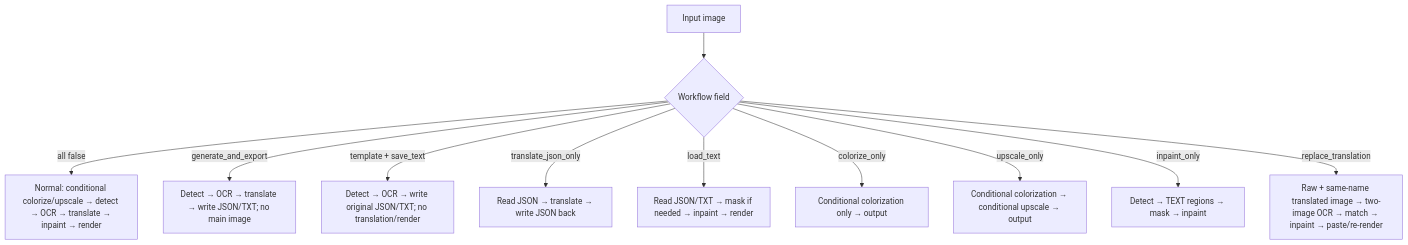
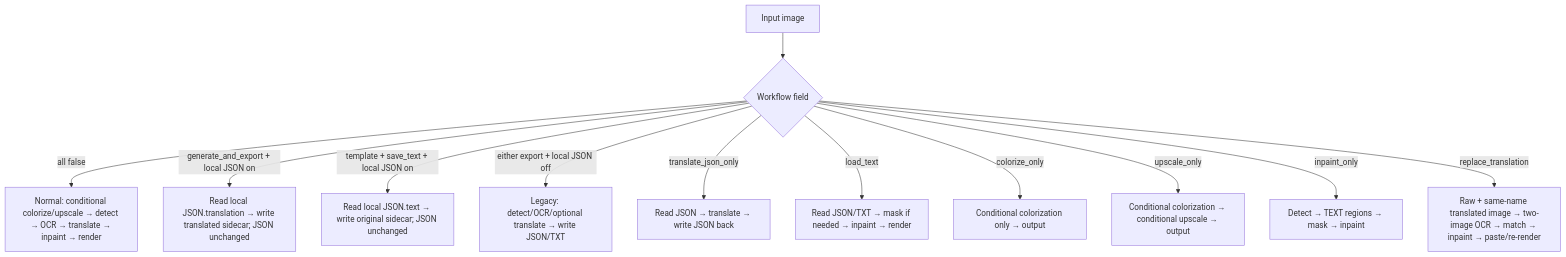
One commit to hgmzhn/manga-translator-ui changed the first of 2 diagrams in doc/wiki/en/desktop/settings/mode-specific.md. Above: the diagram before and after it, drawn with Mermaid. The commit also changed other lines of this file and 28 other files, not shown here.

Commit message:
feat: export text from local project JSON

````diff
--- a/doc/wiki/en/desktop/settings/mode-specific.md
+++ b/doc/wiki/en/desktop/settings/mode-specific.md
@@ -84,13 +88,14 @@
 ```mermaid
 flowchart TD
     A["Input image"] --> B{"Workflow field"}
     B -->|all false| N["Normal: conditional colorize/upscale → detect → OCR → translate → inpaint → render"]
-    B -->|generate_and_export| ET["Detect → OCR → translate → write JSON/TXT; no main image"]
-    B -->|template + save_text| EO["Detect → OCR → write original JSON/TXT; no translation/render"]
+    B -->|generate_and_export + local JSON on| ET["Read local JSON.translation → write translated sidecar; JSON unchanged"]
+    B -->|template + save_text + local JSON on| EO["Read local JSON.text → write original sidecar; JSON unchanged"]
+    B -->|either export + local JSON off| LEGACY["Legacy: detect/OCR/optional translate → write JSON/TXT"]
     B -->|translate_json_only| J["Read JSON → translate → write JSON back"]
     B -->|load_text| I["Read JSON/TXT → mask if needed → inpaint → render"]
     B -->|colorize_only| C["Conditional colorization only → output"]
     B -->|upscale_only| U["Conditional colorization → conditional upscale → output"]
     B -->|inpaint_only| P["Detect → TEXT regions → mask → inpaint"]
     B -->|replace_translation| R["Raw + same-name translated image → two-image OCR → match → inpaint → paste/re-render"]
 ```
````
